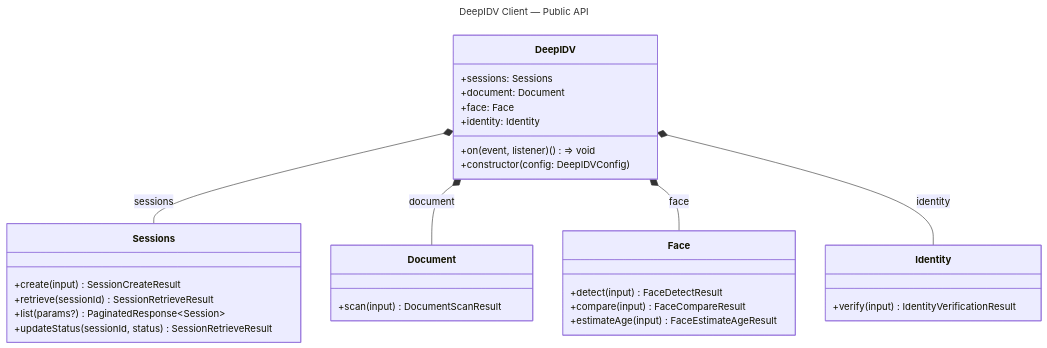
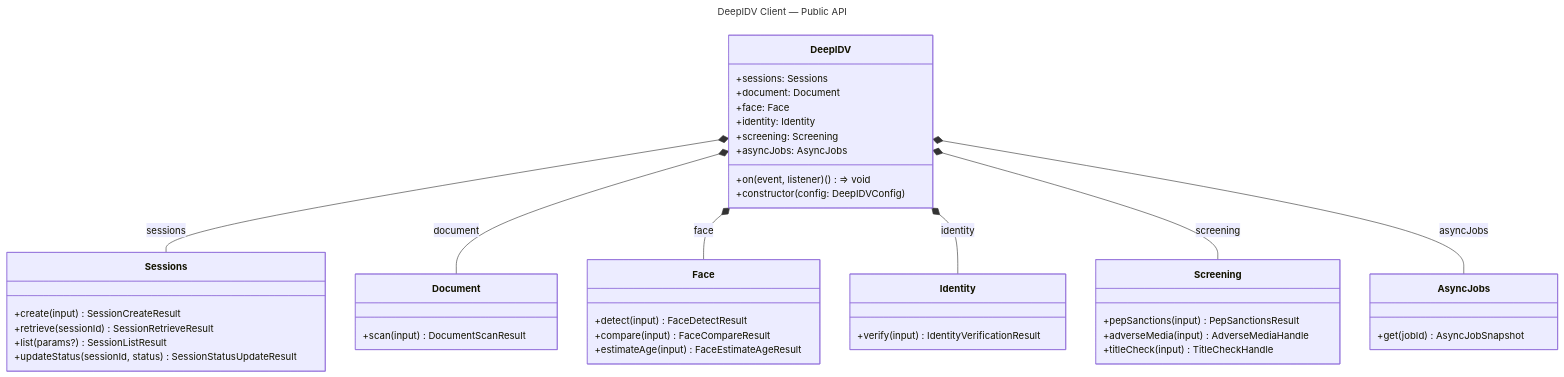
The first of 3 diagrams in docs/architecture/OVERVIEW.md (Deep-Identity-Inc/deepidv-sdk-ts), drawn with Mermaid before and after one commit. The commit also changed other lines of this file and 28 other files, not shown here.

````diff
--- a/docs/architecture/OVERVIEW.md
+++ b/docs/architecture/OVERVIEW.md
@@ -25,40 +26,54 @@
 ```mermaid
 ---
 title: DeepIDV Client — Public API
 ---
 classDiagram
     class DeepIDV {
         +sessions: Sessions
         +document: Document
         +face: Face
         +identity: Identity
+        +screening: Screening
+        +asyncJobs: AsyncJobs
         +on(event, listener) () => void
         +constructor(config: DeepIDVConfig)
     }
 
     class Sessions {
         +create(input) SessionCreateResult
         +retrieve(sessionId) SessionRetrieveResult
-        +list(params?) PaginatedResponse~Session~
-        +updateStatus(sessionId, status) SessionRetrieveResult
+        +list(params?) SessionListResult
+        +updateStatus(sessionId, status) SessionStatusUpdateResult
     }
 
     class Document {
         +scan(input) DocumentScanResult
     }
 
     class Face {
         +detect(input) FaceDetectResult
         +compare(input) FaceCompareResult
         +estimateAge(input) FaceEstimateAgeResult
     }
 
     class Identity {
         +verify(input) IdentityVerificationResult
     }
 
+    class Screening {
+        +pepSanctions(input) PepSanctionsResult
+        +adverseMedia(input) AdverseMediaHandle
+        +titleCheck(input) TitleCheckHandle
+    }
+
+    class AsyncJobs {
+        +get(jobId) AsyncJobSnapshot
+    }
+
     DeepIDV *-- Sessions : sessions
     DeepIDV *-- Document : document
     DeepIDV *-- Face : face
     DeepIDV *-- Identity : identity
+    DeepIDV *-- Screening : screening
+    DeepIDV *-- AsyncJobs : asyncJobs
 ```
````
